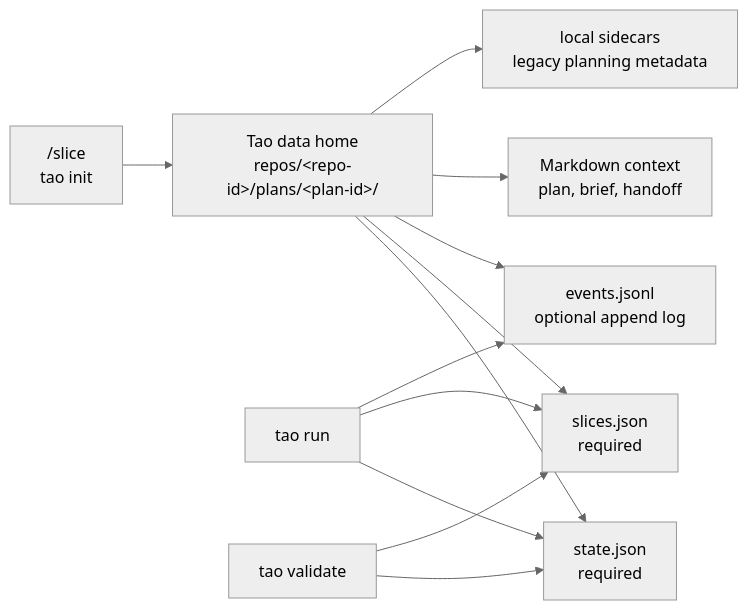
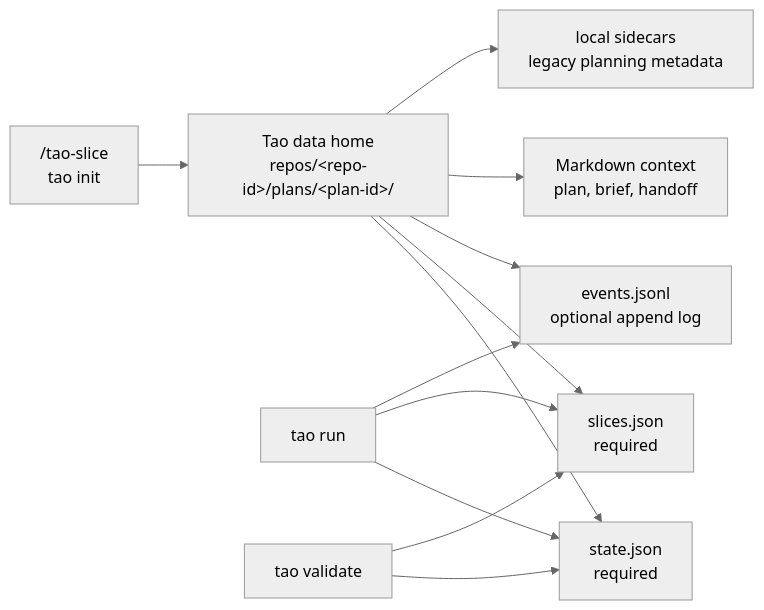
The first of 3 diagrams in docs/plan-format.md (iamseth/tao), drawn with Mermaid (neutral theme) before and after one commit. The commit also changed other lines of this file and 27 other files, not shown here.

````diff
--- a/docs/plan-format.md
+++ b/docs/plan-format.md
@@ -7,15 +7,15 @@
 ```mermaid
 flowchart LR
-    Create["/slice<br/>tao init"] --> Dir["Tao data home<br/>repos/&lt;repo-id&gt;/plans/&lt;plan-id&gt;/"]
+    Create["/tao-slice<br/>tao init"] --> Dir["Tao data home<br/>repos/&lt;repo-id&gt;/plans/&lt;plan-id&gt;/"]
     Dir --> State["state.json<br/>required"]
     Dir --> Slices["slices.json<br/>required"]
     Dir --> Events["events.jsonl<br/>optional append log"]
     Dir --> Context["Markdown context<br/>plan, brief, handoff"]
     Dir --> Sidecars["local sidecars<br/>legacy planning metadata"]
 
     Run["tao run"] --> State
     Run --> Slices
     Run --> Events
     Validate["tao validate"] --> State
     Validate --> Slices
 ```
````
